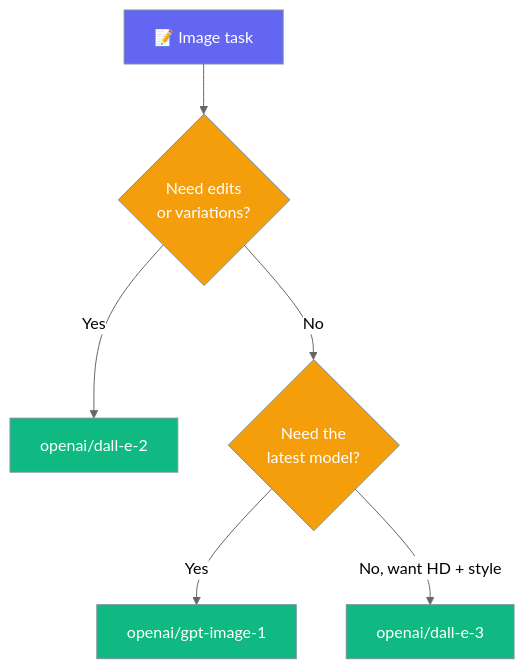
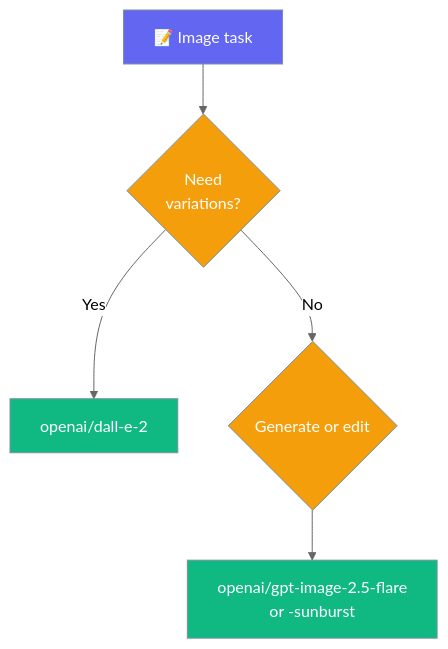
Before and after one commit to MervinPraison/PraisonAIDocs: the diagram in docs/image/openai.mdx, drawn with Mermaid (neutral theme). The commit also changed other lines of this file and 5 other files, not shown here.

Commit message:
fix: document gpt-image-2.5-flare defaults, quality forwarding and markup rejection (fixes #4941)

````diff
--- a/docs/image/openai.mdx
+++ b/docs/image/openai.mdx
@@ -70,16 +74,15 @@
 ```mermaid
 graph TB
-    Start[📝 Image task] --> Q1{Need edits<br/>or variations?}
+    Start[📝 Image task] --> Q1{Need<br/>variations?}
     Q1 -->|Yes| D2[openai/dall-e-2]
-    Q1 -->|No| Q2{Need the<br/>latest model?}
-    Q2 -->|Yes| GPT[openai/gpt-image-1]
-    Q2 -->|No, want HD + style| D3[openai/dall-e-3]
+    Q1 -->|No| Q2{Generate or edit}
+    Q2 --> GPT[openai/gpt-image-2.5-flare<br/>or -sunburst]
 
     classDef input fill:#6366F1,stroke:#7C90A0,color:#fff
     classDef decision fill:#F59E0B,stroke:#7C90A0,color:#fff
     classDef model fill:#10B981,stroke:#7C90A0,color:#fff
 
     class Start input
     class Q1,Q2 decision
-    class D2,D3,GPT model
+    class D2,GPT model
 ```
````
